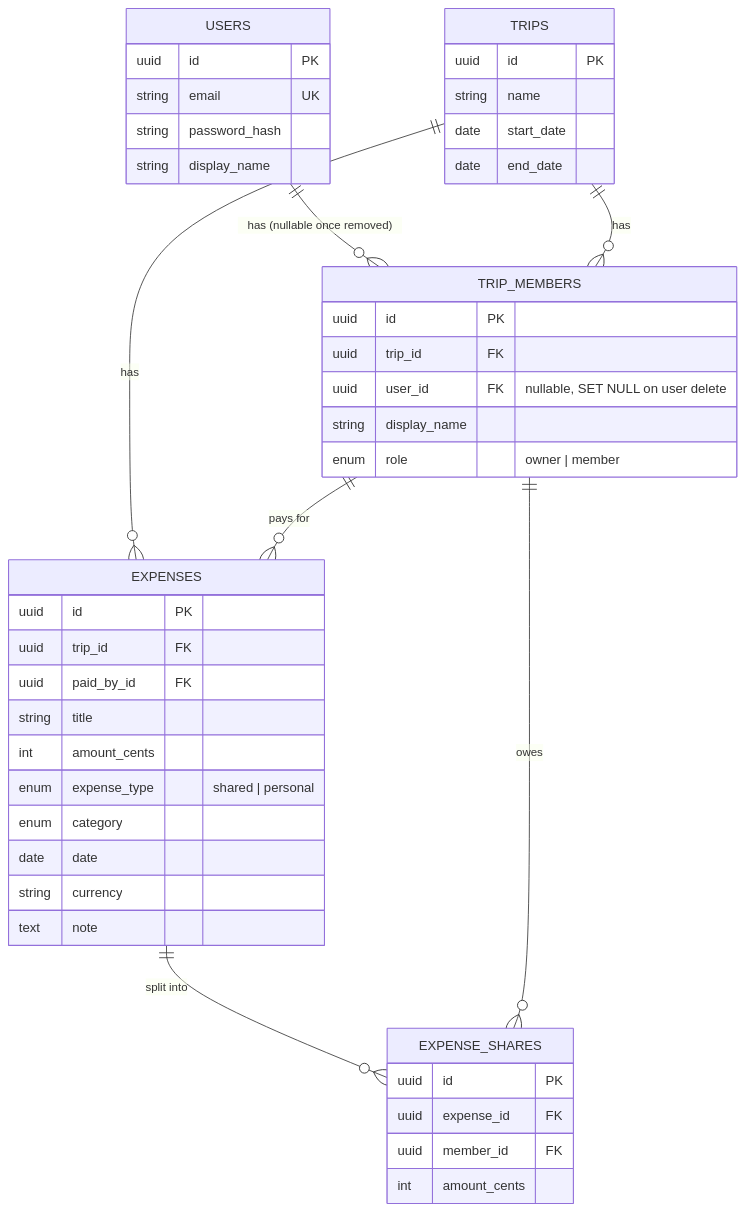
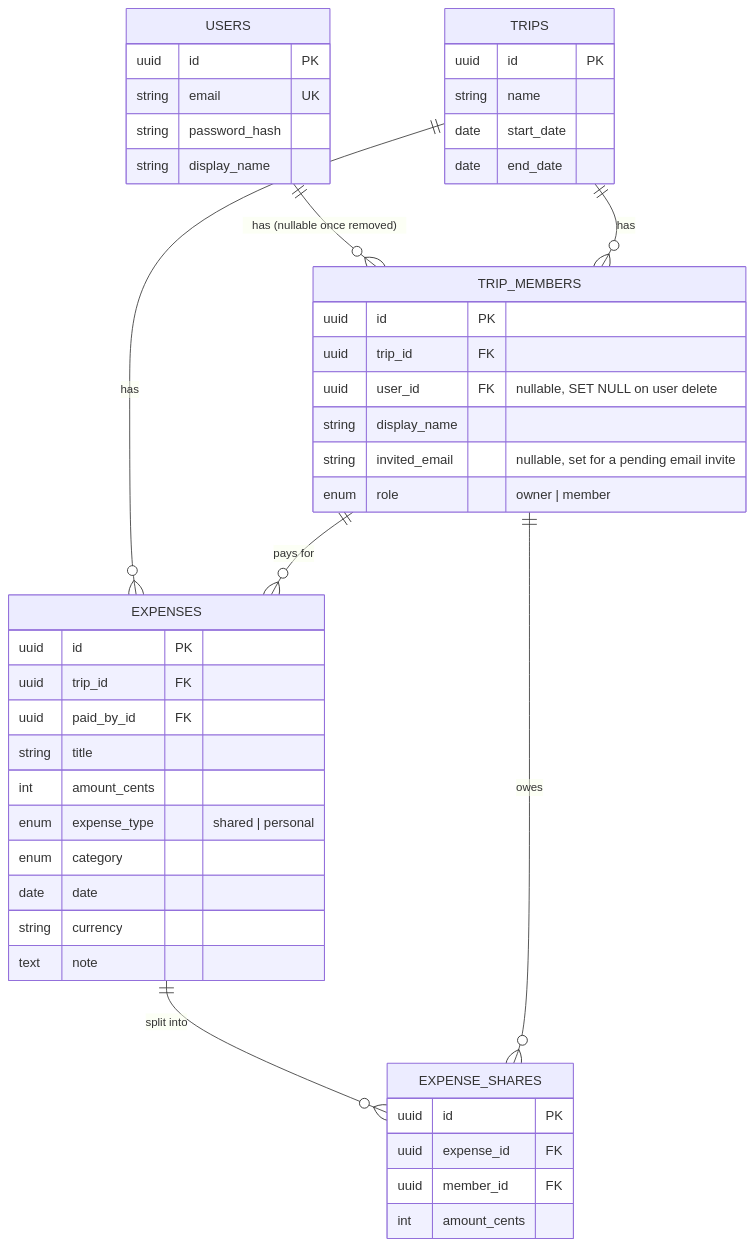
One commit to GGGUJINGGG/tripsplit-ledger changed the second of 2 diagrams in README.md. Above: the diagram before and after it, drawn with Mermaid. The commit also changed other lines of this file and 10 other files, not shown here.

````diff
--- a/README.md
+++ b/README.md
@@ -97,47 +97,48 @@
 ```mermaid
 erDiagram
     USERS ||--o{ TRIP_MEMBERS : "has (nullable once removed)"
     TRIPS ||--o{ TRIP_MEMBERS : "has"
     TRIPS ||--o{ EXPENSES : "has"
     TRIP_MEMBERS ||--o{ EXPENSES : "pays for"
     EXPENSES ||--o{ EXPENSE_SHARES : "split into"
     TRIP_MEMBERS ||--o{ EXPENSE_SHARES : "owes"
 
     USERS {
         uuid id PK
         string email UK
         string password_hash
         string display_name
     }
     TRIPS {
         uuid id PK
         string name
         date start_date
         date end_date
     }
     TRIP_MEMBERS {
         uuid id PK
         uuid trip_id FK
         uuid user_id FK "nullable, SET NULL on user delete"
         string display_name
+        string invited_email "nullable, set for a pending email invite"
         enum role "owner | member"
     }
     EXPENSES {
         uuid id PK
         uuid trip_id FK
         uuid paid_by_id FK
         string title
         int amount_cents
         enum expense_type "shared | personal"
         enum category
         date date
         string currency
         text note
     }
     EXPENSE_SHARES {
         uuid id PK
         uuid expense_id FK
         uuid member_id FK
         int amount_cents
     }
 ```
````
